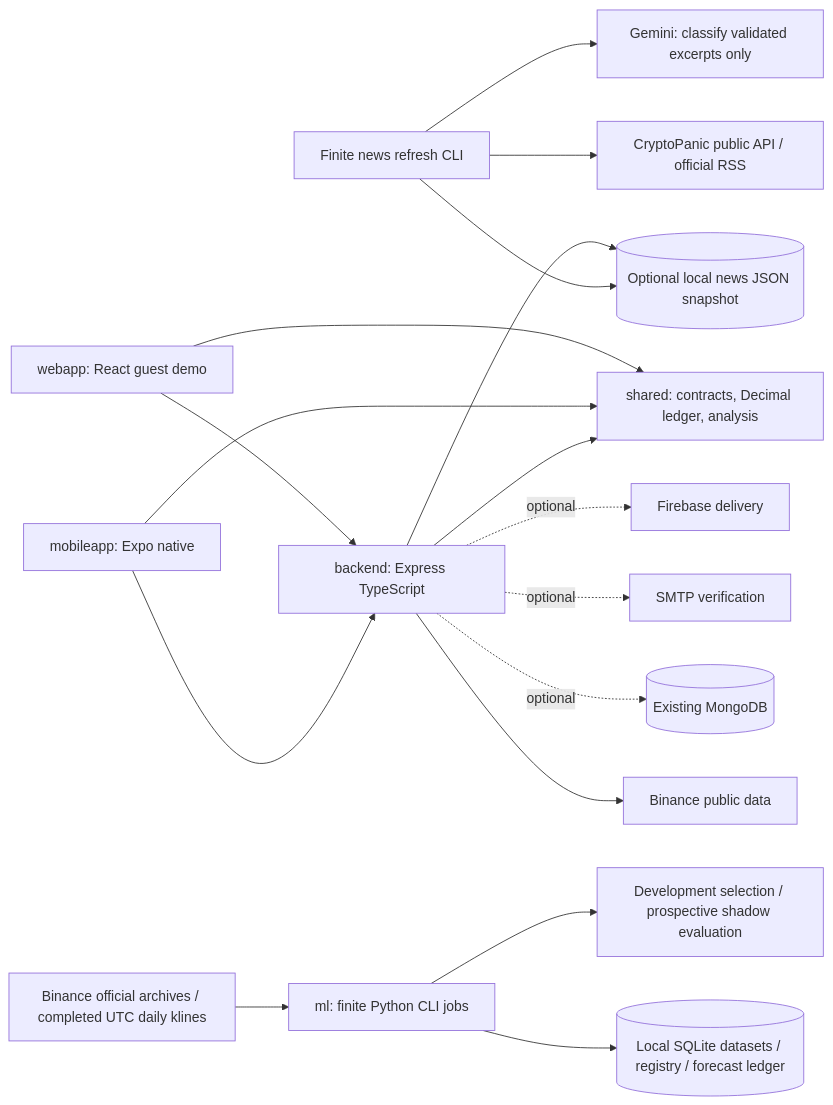
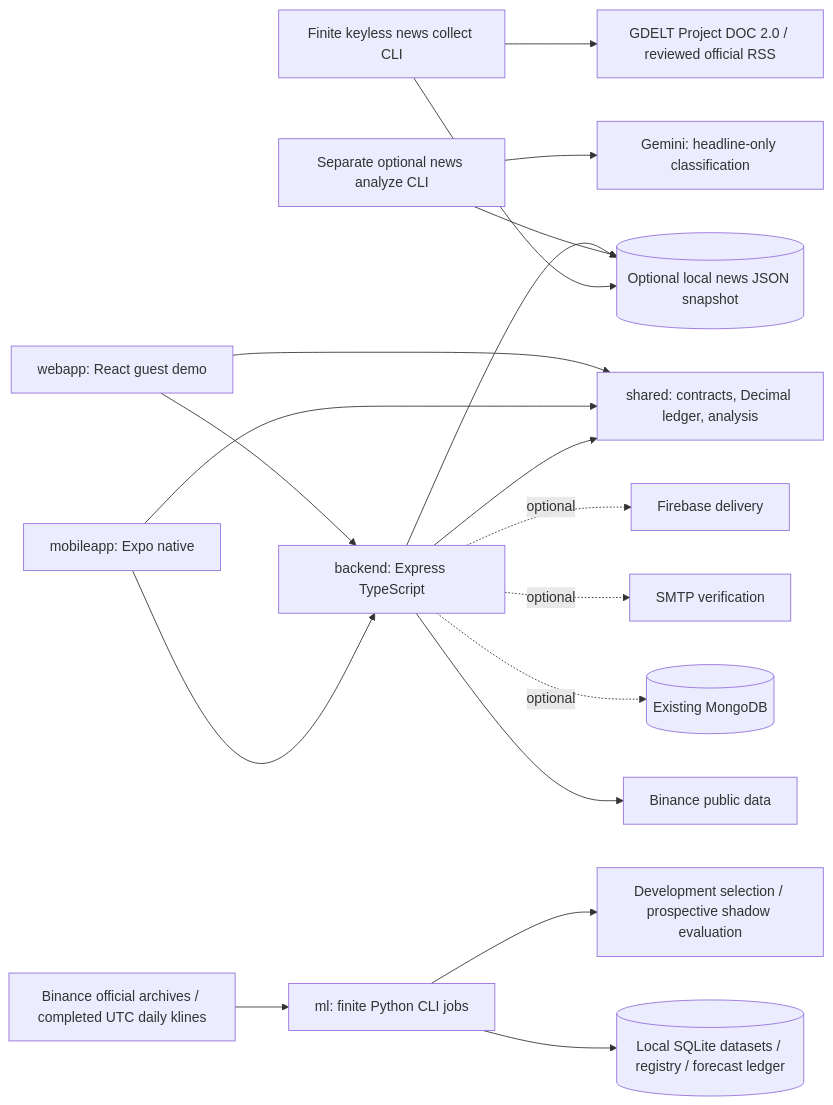
Before and after one commit to GorkemErtas/Investing-Hub: the diagram in docs/ARCHITECTURE.md, drawn with Mermaid. The commit also changed other lines of this file and 11 other files, not shown here.

Commit message:
docs(news): document free source terms and keyless operation

````diff
--- a/docs/ARCHITECTURE.md
+++ b/docs/ARCHITECTURE.md
@@ -5,19 +5,20 @@
 ```mermaid
 flowchart LR
   Web[webapp: React guest demo] --> API[backend: Express TypeScript]
   Mobile[mobileapp: Expo native] --> API
   Web --> Shared[shared: contracts, Decimal ledger, analysis]
   Mobile --> Shared
   API --> Shared
   API --> Market[Binance public data]
   API --> NewsCache[(Optional local news JSON snapshot)]
-  NewsCLI[Finite news refresh CLI] --> Sources[CryptoPanic public API / official RSS]
-  NewsCLI --> Gemini[Gemini: classify validated excerpts only]
+  NewsCLI[Finite keyless news collect CLI] --> Sources[GDELT Project DOC 2.0 / reviewed official RSS]
+  Analyze[Separate optional news analyze CLI] --> Gemini[Gemini: headline-only classification]
+  Analyze --> NewsCache
   NewsCLI --> NewsCache
   API -. optional .-> Mongo[(Existing MongoDB)]
   API -. optional .-> Mail[SMTP verification]
   API -. optional .-> FCM[Firebase delivery]
   Binance[Binance official archives / completed UTC daily klines] --> CLI[ml: finite Python CLI jobs]
   CLI --> Local[(Local SQLite datasets / registry / forecast ledger)]
   CLI --> Reports[Development selection / prospective shadow evaluation]
 ```
````
